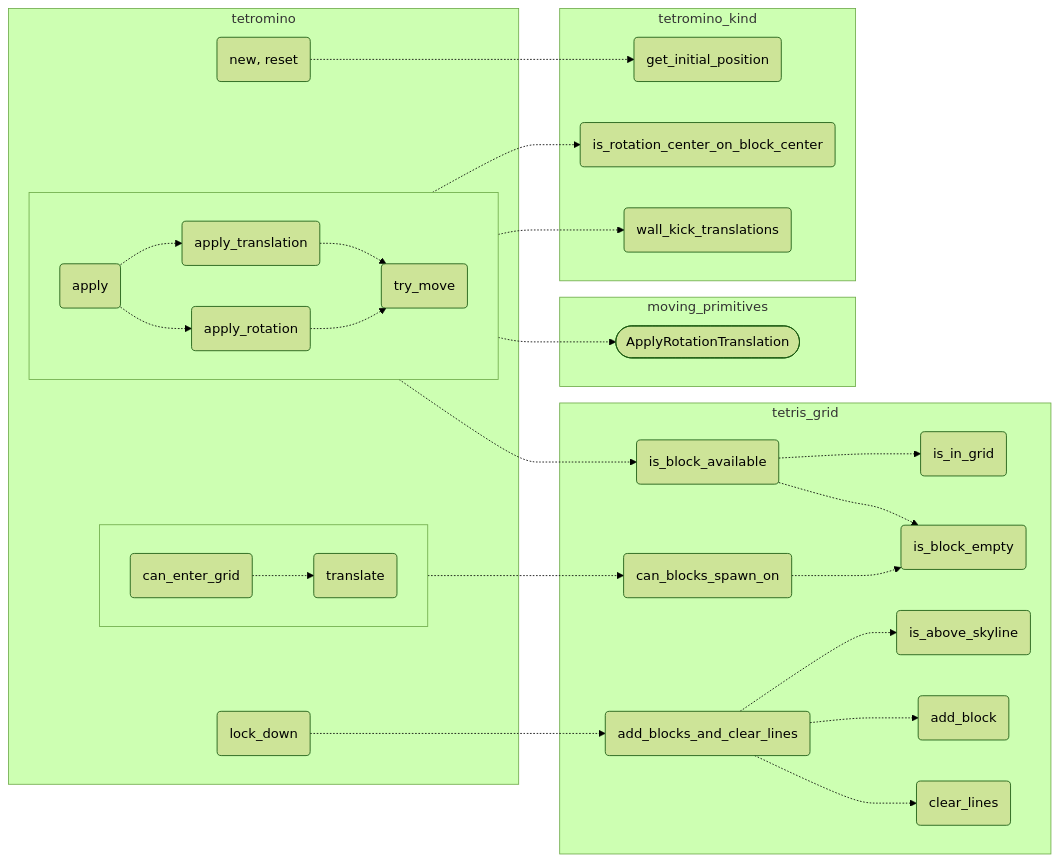
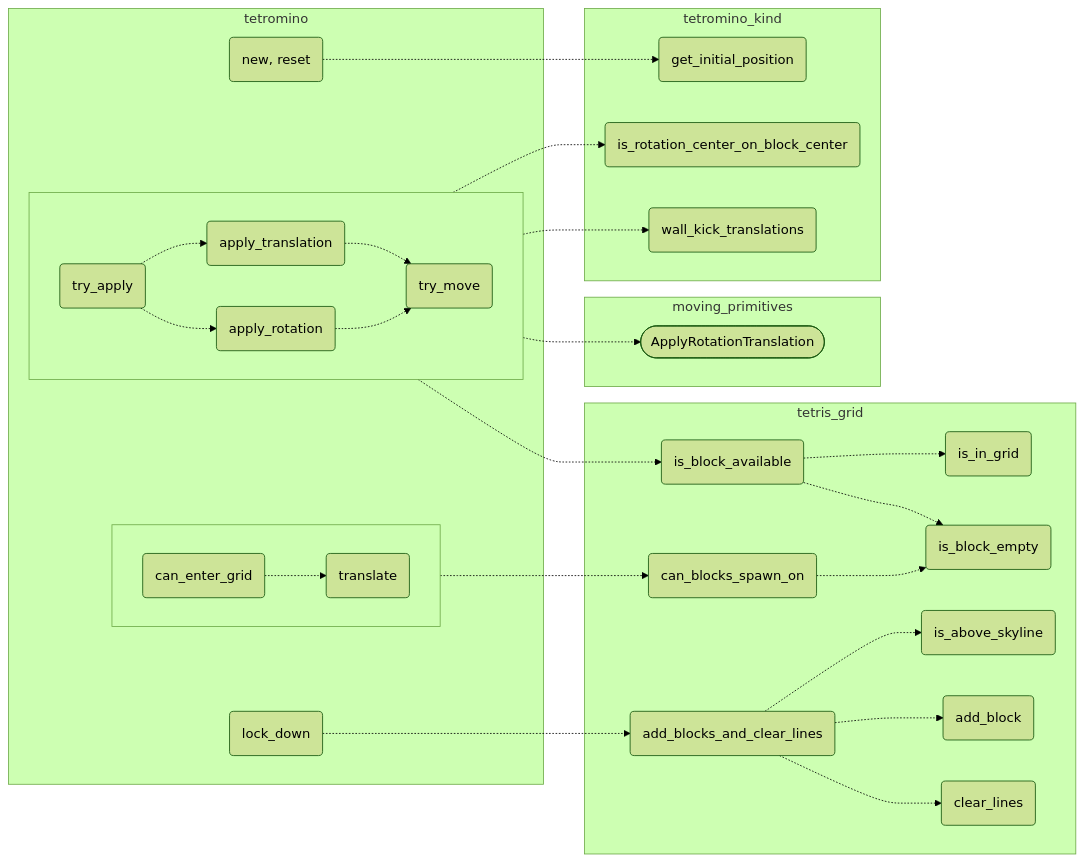
Before and after one commit to inesvar/tetris: the diagram in tetris_core/src/tetromino/tetromino_internals.mmd, drawn with Mermaid (forest theme). The commit also changed 12 other files, not shown here.

```diff
--- a/tetris_core/src/tetromino/tetromino_internals.mmd
+++ b/tetris_core/src/tetromino/tetromino_internals.mmd
@@ -1,70 +1,70 @@
 graph LR
     %% objects
     is_in_grid(is_in_grid)
     is_block_empty(is_block_empty)
     is_above_skyline(is_above_skyline)
     add_block(add_block)
     clear_lines(clear_lines)
     is_block_available(is_block_available)
     can_blocks_spawn_on(can_blocks_spawn_on)
     add_blocks(add_blocks_and_clear_lines)
-    apply(apply)
+    try_apply(try_apply)
     apply_rotation(apply_rotation)
     apply_translation(apply_translation)
     try_move(try_move)
     can_enter_grid(can_enter_grid)
     lock_down(lock_down)
     new(new, reset)
     get_initial_position(get_initial_position)
     is_rotation_center_on_block_center(is_rotation_center_on_block_center)
     wall_kick_translations(wall_kick_translations)
     ApplyRotationTranslation([ApplyRotationTranslation])
     translate(translate)
 
     %% modules
     tetris_grid[tetris_grid]
     tetromino[tetromino]
     tetromino_kind[tetromino_kind]
 
     subgraph tetris_grid
         is_block_available -.-> is_in_grid
         is_block_available -.-> is_block_empty
         can_blocks_spawn_on -.-> is_block_empty
         add_blocks -.-> add_block
         add_blocks -.-> clear_lines
         add_blocks -.-> is_above_skyline
     end
 
     subgraph tetromino
         new
         subgraph can_enter_grid_group[ ]
             direction LR
             can_enter_grid -.-> translate
         end
         lock_down
         subgraph apply_group[ ]
             direction LR
-            apply -.-> apply_translation
-            apply -.-> apply_rotation
+            try_apply -.-> apply_translation
+            try_apply -.-> apply_rotation
             apply_translation -.-> try_move
             apply_rotation -.-> try_move
         end
     end
 
     subgraph moving_primitives
         ApplyRotationTranslation
     end
 
     subgraph tetromino_kind
         get_initial_position
         wall_kick_translations
         is_rotation_center_on_block_center
     end
 
     new -.-> get_initial_position
     apply_group -.-> is_block_available
     apply_group -.-> is_rotation_center_on_block_center
     apply_group -.-> wall_kick_translations
     apply_group -.-> ApplyRotationTranslation
     can_enter_grid_group -.-> can_blocks_spawn_on
     lock_down -.-> add_blocks
```
